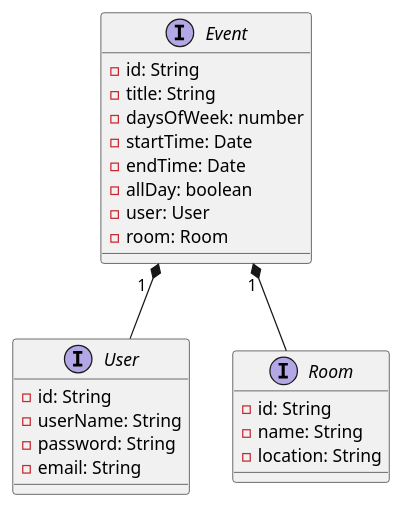
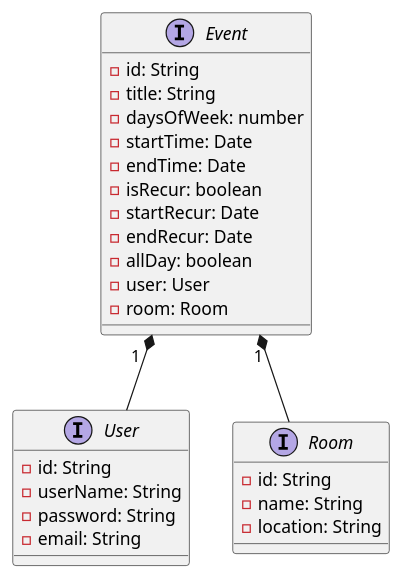
The diagram in datastructure.wsd (NichtEuler/calendar), drawn with PlantUML before and after one commit. The commit also changed 13 other files, not shown here.

```diff
--- a/datastructure.wsd
+++ b/datastructure.wsd
@@ -1,29 +1,32 @@
 @startuml
 
 Event "1  " *-- User 
 Event "1" *-- Room
 
 interface User{
     -id: String
     -userName: String
     -password: String
     -email: String
 }
 
 interface Room{
     -id: String
     -name: String
     -location: String
 }
 
 interface Event{
     -id: String
     -title: String
     -daysOfWeek: number
     -startTime: Date
     -endTime: Date
+    -isRecur: boolean
+    -startRecur: Date
+    -endRecur: Date
     -allDay: boolean
     -user: User
     -room: Room
 }
 @enduml
```
